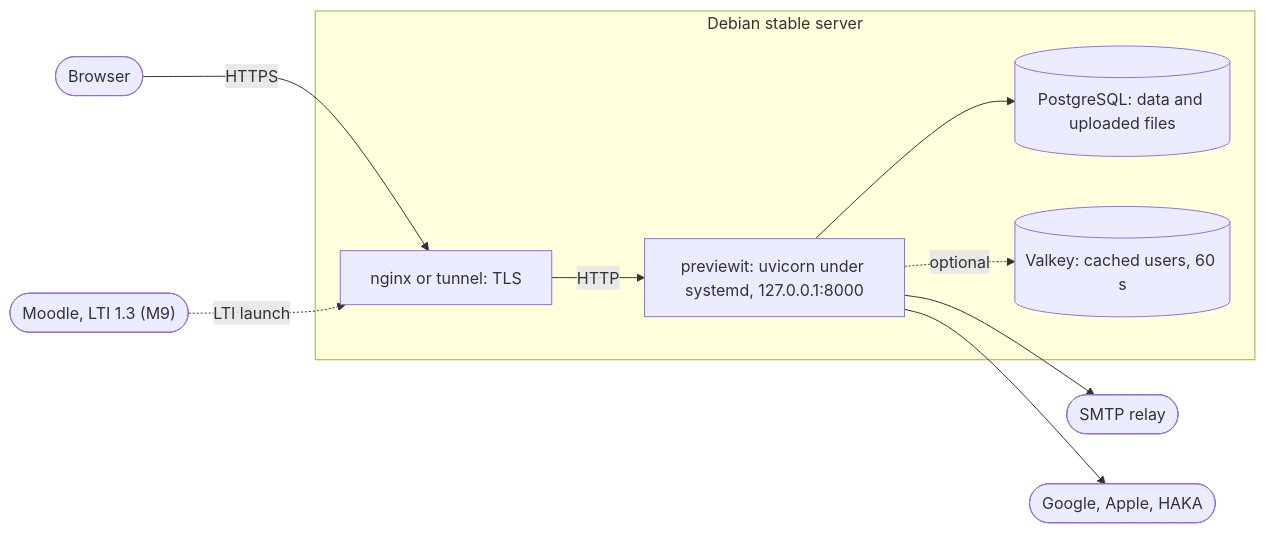
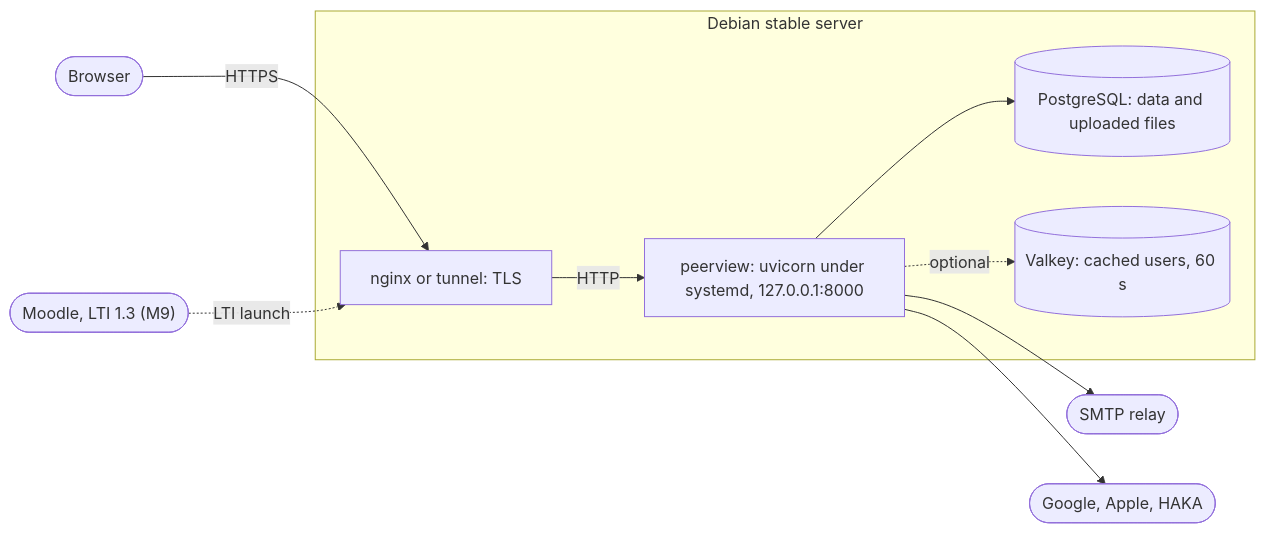
One commit to jaateixeira/peerview.it changed the diagram in docs/manuals/deployment-manual.md. Above: the diagram before and after it, drawn with Mermaid. The commit also changed other lines of this file and 422 other files, not shown here.

````diff
--- a/docs/manuals/deployment-manual.md
+++ b/docs/manuals/deployment-manual.md
@@ -26,20 +26,20 @@
 ```mermaid
 flowchart LR
     U(["Browser"])
     M(["Moodle, LTI 1.3 (M9)"])
     subgraph srv ["Debian stable server"]
         N["nginx or tunnel: TLS"]
-        A["previewit: uvicorn under systemd, 127.0.0.1:8000"]
+        A["peerview: uvicorn under systemd, 127.0.0.1:8000"]
         P[("PostgreSQL: data and uploaded files")]
         V[("Valkey: cached users, 60 s")]
     end
     SMTP(["SMTP relay"])
     IDP(["Google, Apple, HAKA"])
     U -- HTTPS --> N
     M -. LTI launch .-> N
     N -- HTTP --> A
     A --> P
     A -. optional .-> V
     A --> SMTP
     A --> IDP
 ```
````
